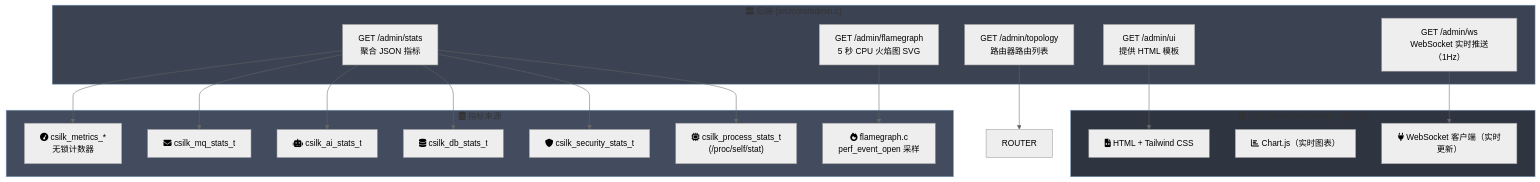
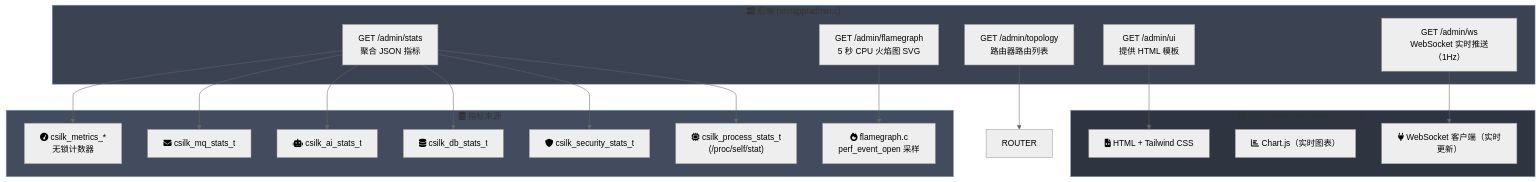
Before and after one commit to quintin-lee/csilk: the diagram in docs/zh-CN/design/admin-dashboard.md, drawn with Mermaid (neutral theme). The commit also changed other lines of this file and 15 other files, not shown here.

````diff
--- a/docs/zh-CN/design/admin-dashboard.md
+++ b/docs/zh-CN/design/admin-dashboard.md
@@ -21,36 +21,36 @@
 ```mermaid
 graph TB
     subgraph Frontend["fa:fa-html5 前端 (share/csilk/admin_ui.html)"]
         HTML["fa:fa-file-code HTML + Tailwind CSS"]
         CHARTS["fa:fa-chart-bar Chart.js（实时图表）"]
         WS_CLIENT["fa:fa-plug WebSocket 客户端（实时更新）"]
     end
 
-    subgraph Backend["fa:fa-server 后端 (src/core/admin.c)"]
+    subgraph Backend["fa:fa-server 后端 (src/app/admin.c)"]
         UI["GET /admin/ui<br/>提供 HTML 模板"]
         STATS["GET /admin/stats<br/>聚合 JSON 指标"]
         TOPO["GET /admin/topology<br/>路由器路由列表"]
         FG["GET /admin/flamegraph<br/>5 秒 CPU 火焰图 SVG"]
         WS["GET /admin/ws<br/>WebSocket 实时推送（1Hz）"]
     end
 
     subgraph Sources["fa:fa-database 指标来源"]
         HTTP_MET["fa:fa-tachometer csilk_metrics_*<br/>无锁计数器"]
         MQ_STAT["fa:fa-envelope csilk_mq_stats_t"]
         AI_STAT["fa:fa-robot csilk_ai_stats_t"]
         DB_STAT["fa:fa-database csilk_db_stats_t"]
         SEC_STAT["fa:fa-shield csilk_security_stats_t"]
         PROC["fa:fa-microchip csilk_process_stats_t<br/>(/proc/self/stat)"]
         FLAME["fa:fa-fire flamegraph.c<br/>perf_event_open 采样"]
     end
 
     WS --> WS_CLIENT
     UI --> HTML
     STATS --> HTTP_MET & MQ_STAT & AI_STAT & DB_STAT & SEC_STAT & PROC
     FG --> FLAME
     TOPO --> ROUTER
 
     style Frontend fill:#2E3440,stroke:#81A1C1
     style Backend fill:#3B4252,stroke:#81A1C1
     style Sources fill:#434C5E,stroke:#81A1C1
 ```
````
